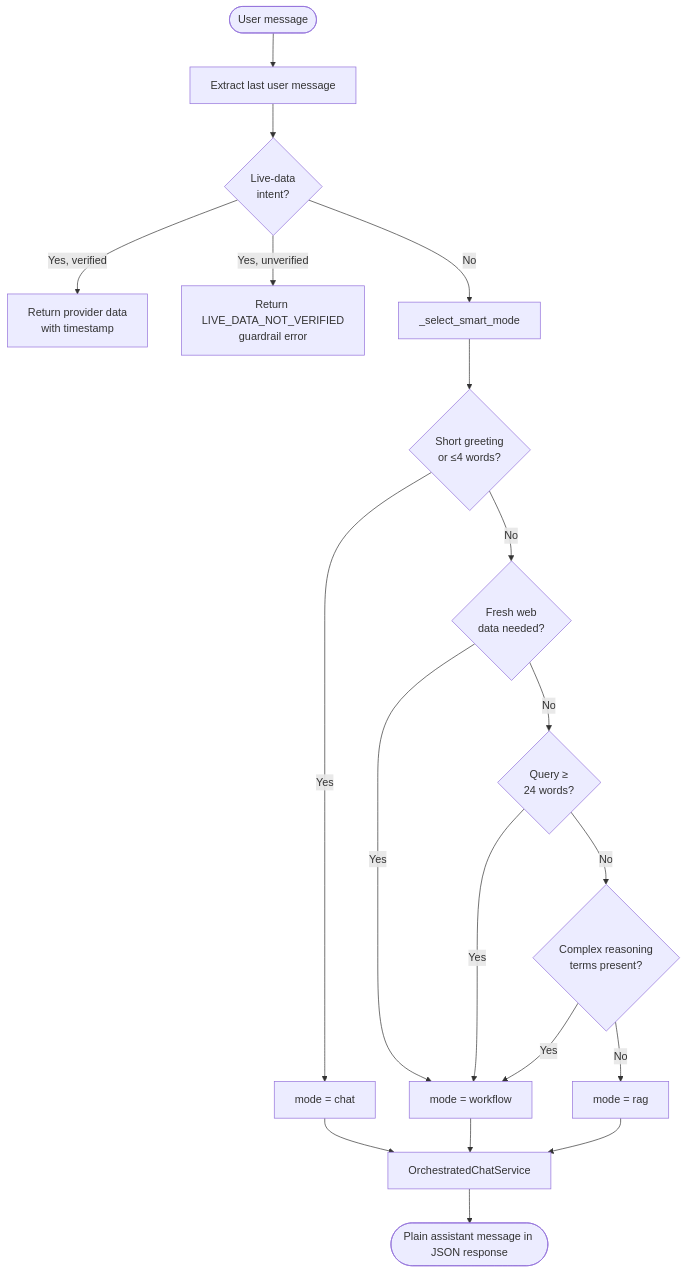
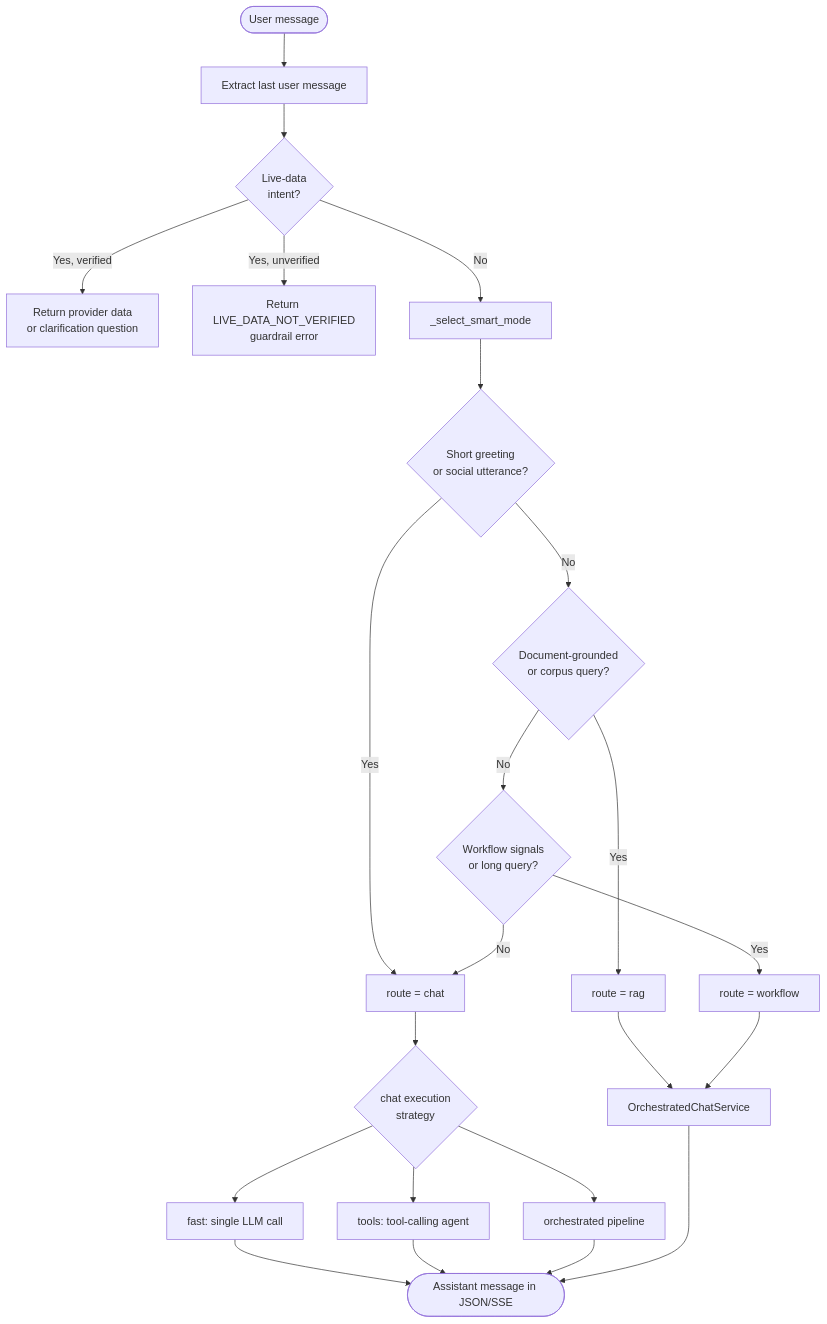
Before and after one commit to sreeram843/personal-ai: the second of 12 diagrams in docs/architecture.md, drawn with Mermaid. The commit also changed other lines of this file and 52 other files, not shown here.

First line of the commit message:
Add nearby places live data and fix smart chat routing.

````diff
--- a/docs/architecture.md
+++ b/docs/architecture.md
@@ -76,21 +84,25 @@
 ```mermaid
 flowchart TD
     Start([User message]) --> Extract[Extract last user message]
     Extract --> LiveCheck{Live-data\nintent?}
-    LiveCheck -- Yes, verified --> LiveReturn[Return provider data\nwith timestamp]
+    LiveCheck -- Yes, verified --> LiveReturn[Return provider data\nor clarification question]
     LiveCheck -- Yes, unverified --> GuardrailReturn[Return LIVE_DATA_NOT_VERIFIED\nguardrail error]
-    LiveCheck -- No --> SmartMode[_select_smart_mode]
-    SmartMode --> Greet{Short greeting\nor ≤4 words?}
-    Greet -- Yes --> ChatMode[mode = chat]
-    Greet -- No --> Fresh{Fresh web\ndata needed?}
-    Fresh -- Yes --> WorkflowMode[mode = workflow]
-    Fresh -- No --> Long{Query ≥\n24 words?}
-    Long -- Yes --> WorkflowMode
-    Long -- No --> Complex{Complex reasoning\nterms present?}
-    Complex -- Yes --> WorkflowMode
-    Complex -- No --> RAGMode[mode = rag]
-    ChatMode --> Orchestrator[OrchestratedChatService]
-    RAGMode --> Orchestrator
-    WorkflowMode --> Orchestrator
-    Orchestrator --> FinalResponse([Plain assistant message in JSON response])
+    LiveCheck -- No --> Route[_select_smart_mode]
+    Route --> Greet{Short greeting\nor social utterance?}
+    Greet -- Yes --> ChatRoute[route = chat]
+    Greet -- No --> Docs{Document-grounded\nor corpus query?}
+    Docs -- Yes --> RagRoute[route = rag]
+    Docs -- No --> Complex{Workflow signals\nor long query?}
+    Complex -- Yes --> WfRoute[route = workflow]
+    Complex -- No --> ChatRoute
+    ChatRoute --> ChatExec{chat execution\nstrategy}
+    ChatExec --> Fast[fast: single LLM call]
+    ChatExec --> Tools[tools: tool-calling agent]
+    ChatExec --> Orch[orchestrated pipeline]
+    RagRoute --> Orchestrator[OrchestratedChatService]
+    WfRoute --> Orchestrator
+    Fast --> FinalResponse([Assistant message in JSON/SSE])
+    Tools --> FinalResponse
+    Orch --> FinalResponse
+    Orchestrator --> FinalResponse
 ```
````
